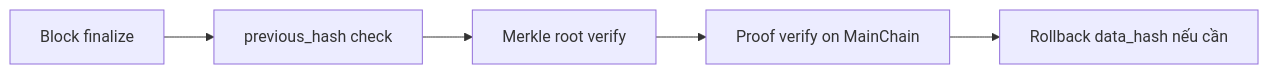
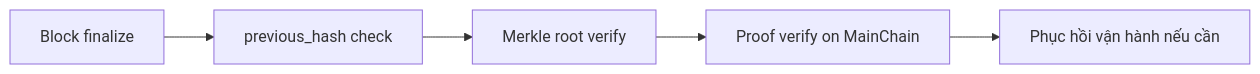
One commit to VanDung-dev/HieraChain changed the diagram in docs/vi/security/fault-tolerance-integrity.md. Above: the diagram before and after it, drawn with Mermaid. The commit also changed other lines of this file and 18 other files, not shown here.

````diff
--- a/docs/vi/security/fault-tolerance-integrity.md
+++ b/docs/vi/security/fault-tolerance-integrity.md
@@ -25,7 +25,7 @@
 ```mermaid
 graph LR
     A[Block finalize] --> B[previous_hash check]
     B --> C[Merkle root verify]
     C --> D[Proof verify on MainChain]
-    D --> E[Rollback data_hash nếu cần]
+    D --> E[Phục hồi vận hành nếu cần]
 ```
````
